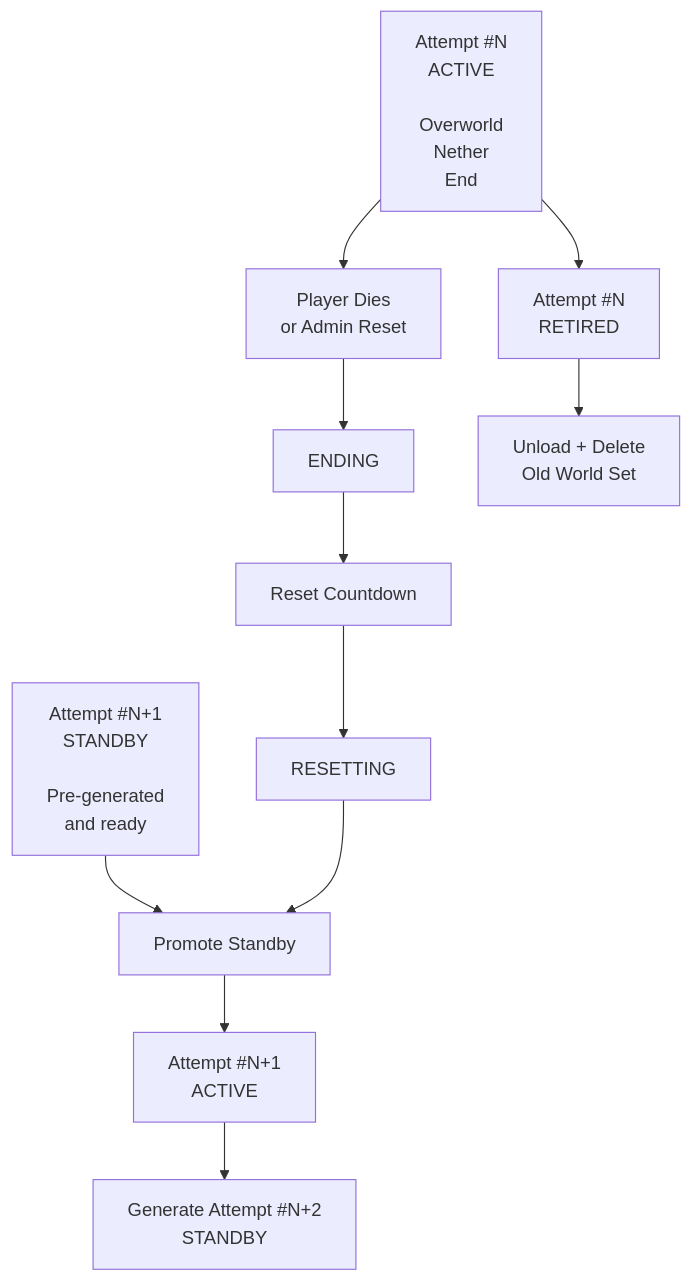
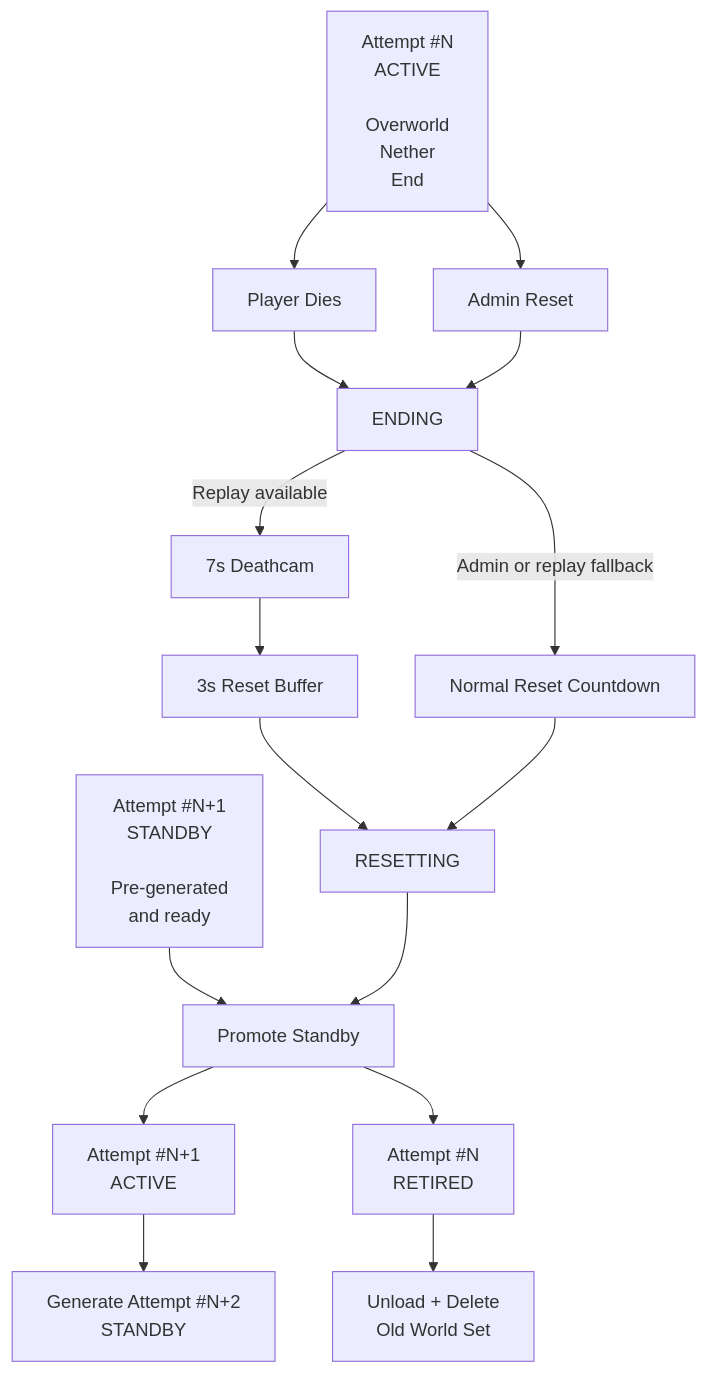
The diagram in README.md (sukesan7/instigate-hardcore-plugin), drawn with Mermaid before and after one commit. The commit also changed other lines of this file, not shown here.

````diff
--- a/README.md
+++ b/README.md
@@ -66,29 +86,37 @@
 ```mermaid
 flowchart TD
     A["Attempt #N<br/>ACTIVE<br/><br/>Overworld<br/>Nether<br/>End"]
     S["Attempt #N+1<br/>STANDBY<br/><br/>Pre-generated<br/>and ready"]
 
-    D["Player Dies<br/>or Admin Reset"]
+    D["Player Dies"]
+    M["Admin Reset"]
     E["ENDING"]
-    C["Reset Countdown"]
+    V["7s Deathcam"]
+    C["3s Reset Buffer"]
+    F["Normal Reset Countdown"]
     R["RESETTING"]
     P["Promote Standby"]
     N["Attempt #N+1<br/>ACTIVE"]
     O["Attempt #N<br/>RETIRED"]
     X["Unload + Delete<br/>Old World Set"]
     G["Generate Attempt #N+2<br/>STANDBY"]
 
     A --> D
+    A --> M
     D --> E
-    E --> C
+    M --> E
+    E -->|Replay available| V
+    V --> C
     C --> R
+    E -->|Admin or replay fallback| F
+    F --> R
 
     S --> P
     R --> P
 
     P --> N
-    A --> O
+    P --> O
     O --> X
 
     N --> G
 ```
````
